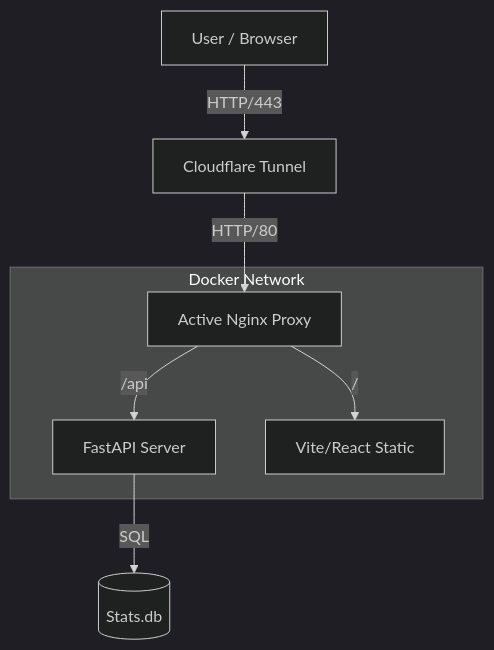
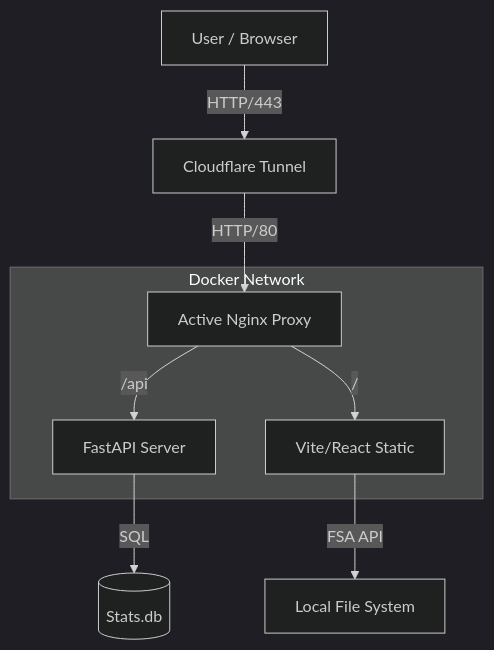
One commit to DropShock-Digital/LMTokenCook changed the diagram in README.md. Above: the diagram before and after it, drawn with Mermaid (dark theme). The commit also changed other lines of this file and 2533 other files, not shown here.

````diff
--- a/README.md
+++ b/README.md
@@ -80,12 +75,13 @@
 ```mermaid
 graph TD
     User[User / Browser] -->|HTTP/443| Cloudflare[Cloudflare Tunnel]
     Cloudflare -->|HTTP/80| Nginx[Active Nginx Proxy]
     
     subgraph "Docker Network"
         Nginx -->|/api| Backend[FastAPI Server]
         Nginx -->|/| Frontend[Vite/React Static]
     end
     
     Backend -->|SQL| DB[(Stats.db)]
+    Frontend -- FSA API --> LocalDisk[Local File System]
 ```
````
